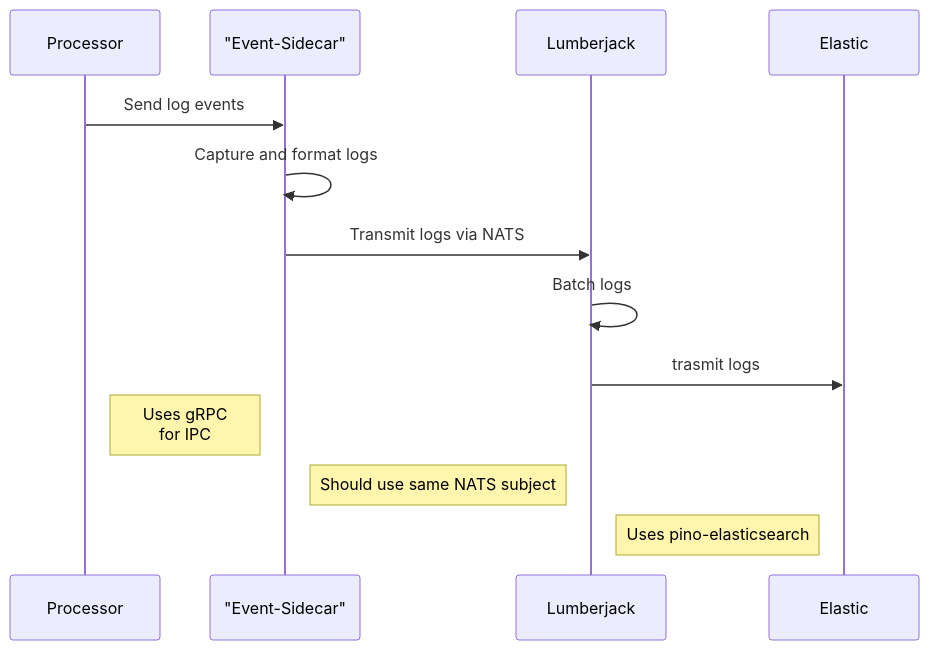
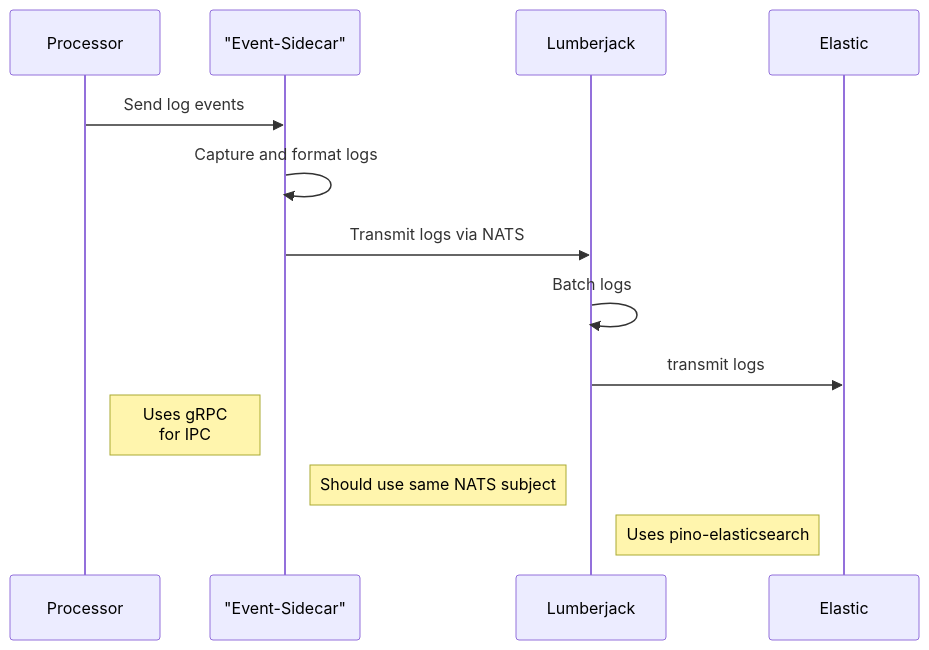
Before and after one commit to tazama-lf/docs: the first of 2 diagrams in Technical/Logging/The-Tazama-Logging-Framework.md, drawn with Mermaid. The commit also changed other lines of this file, not shown here.

````diff
--- a/Technical/Logging/The-Tazama-Logging-Framework.md
+++ b/Technical/Logging/The-Tazama-Logging-Framework.md
@@ -44,19 +67,19 @@
 ```mermaid
 sequenceDiagram
     participant Processor
     participant EventSidecar as "Event-Sidecar"
     participant Lumberjack
     participant Elastic
 
     Processor->>EventSidecar: Send log events
     EventSidecar->>EventSidecar: Capture and format logs
     EventSidecar->>Lumberjack: Transmit logs via NATS
     Lumberjack->>Lumberjack: Batch logs
-    Lumberjack->>Elastic: trasmit logs
+    Lumberjack->>Elastic: transmit logs
 
     Note left of EventSidecar: Uses gRPC<br/>for IPC
 
     Note left of Lumberjack: Should use same NATS subject
     
     Note right of Lumberjack: Uses pino-elasticsearch
 ```
````
